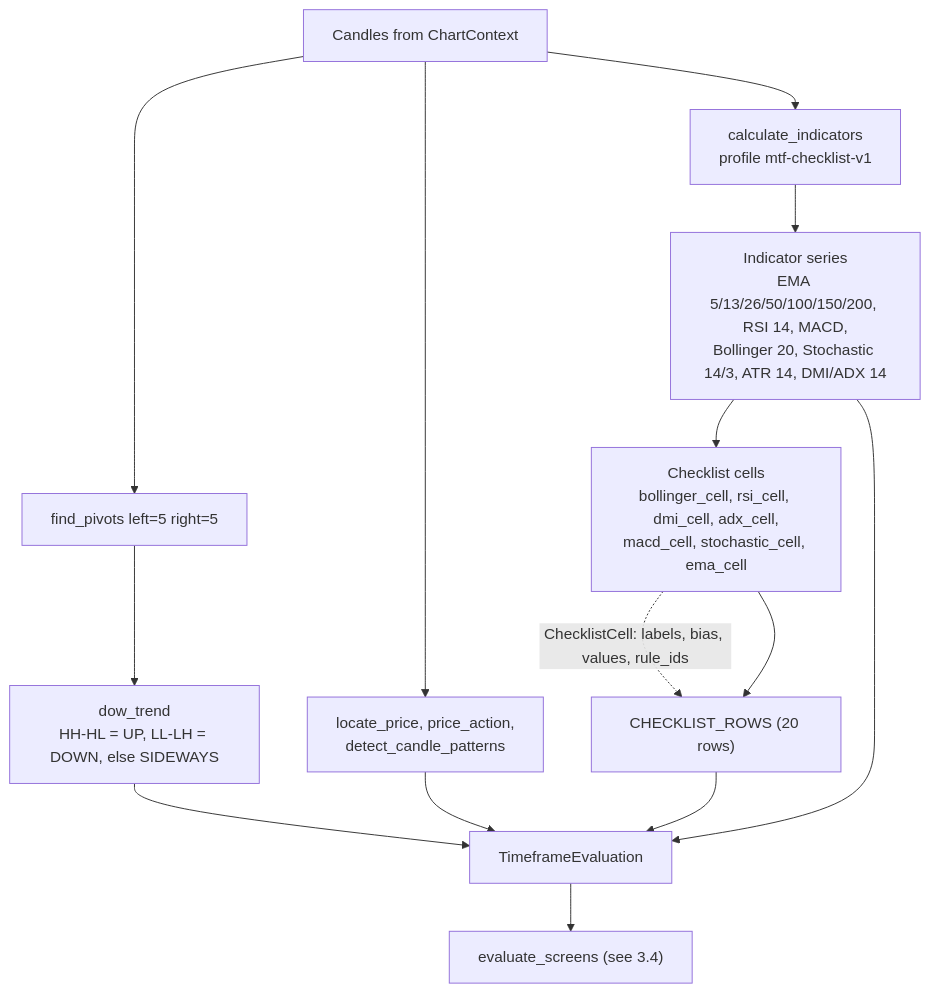
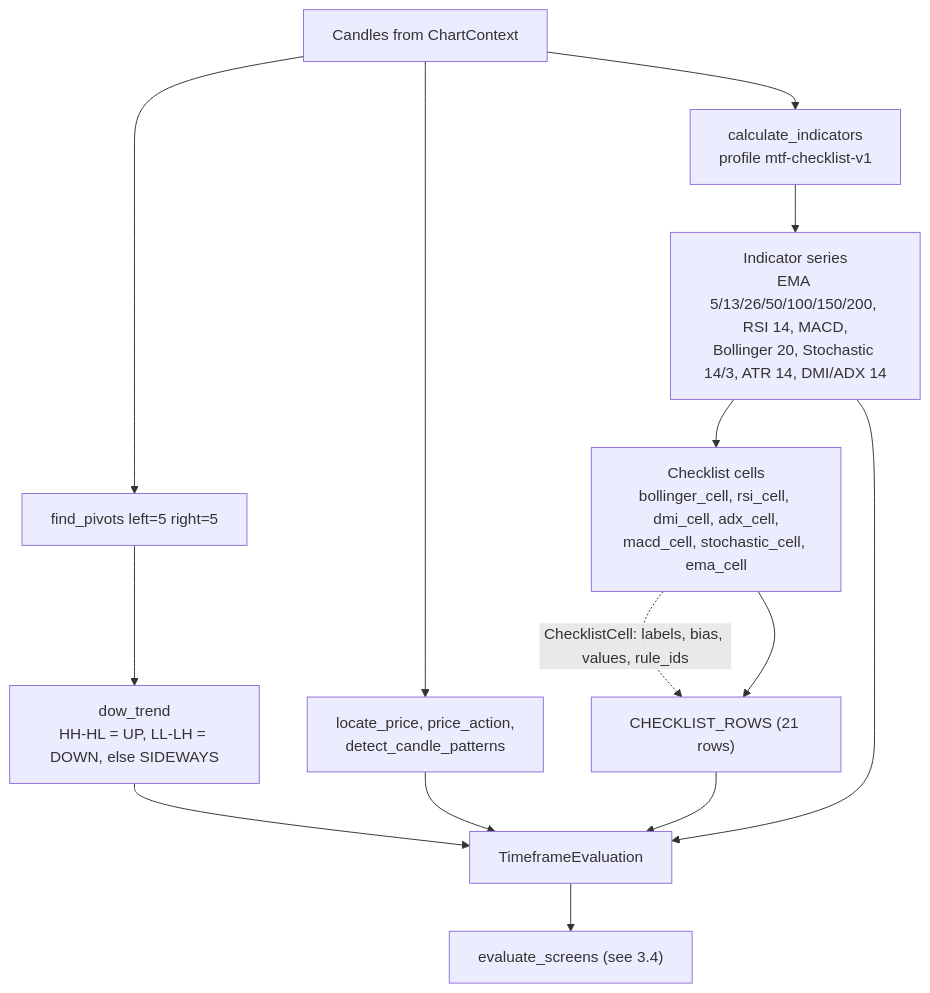
One commit to pravn27/god-market-tech-analysis changed the ninth of 14 diagrams in docs/architecture/as-built-system-design.md. Above: the diagram before and after it, drawn with Mermaid. The commit also changed other lines of this file and 14 other files, not shown here.

````diff
--- a/docs/architecture/as-built-system-design.md
+++ b/docs/architecture/as-built-system-design.md
@@ -402,16 +402,16 @@
 ```mermaid
 flowchart TD
     C["Candles from ChartContext"] --> IND["calculate_indicators<br/>profile mtf-checklist-v1"]
     IND --> SER["Indicator series<br/>EMA 5/13/26/50/100/150/200, RSI 14, MACD,<br/>Bollinger 20, Stochastic 14/3, ATR 14, DMI/ADX 14"]
     C --> PIV["find_pivots left=5 right=5"]
     PIV --> DOW["dow_trend<br/>HH-HL = UP, LL-LH = DOWN, else SIDEWAYS"]
     C --> PA["locate_price, price_action,<br/>detect_candle_patterns"]
     SER --> CELLS["Checklist cells<br/>bollinger_cell, rsi_cell, dmi_cell, adx_cell,<br/>macd_cell, stochastic_cell, ema_cell"]
     CELLS -. "ChecklistCell: labels, bias, values, rule_ids" .-> ROWS
-    CELLS --> ROWS["CHECKLIST_ROWS (20 rows)"]
+    CELLS --> ROWS["CHECKLIST_ROWS (21 rows)"]
     DOW --> EVAL
     PA --> EVAL
     ROWS --> EVAL["TimeframeEvaluation"]
     SER --> EVAL
     EVAL --> SCR["evaluate_screens (see 3.4)"]
 ```
````
